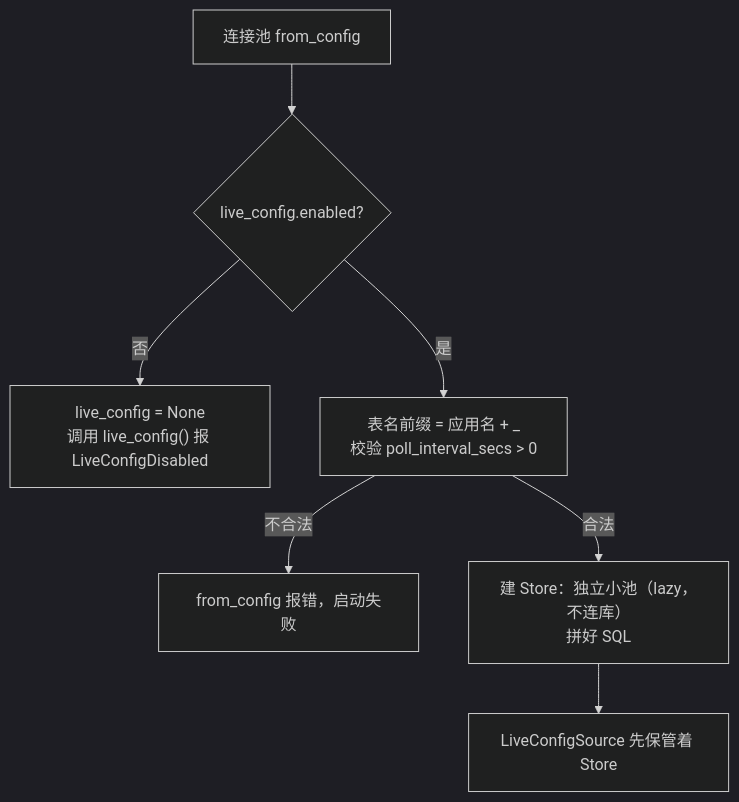
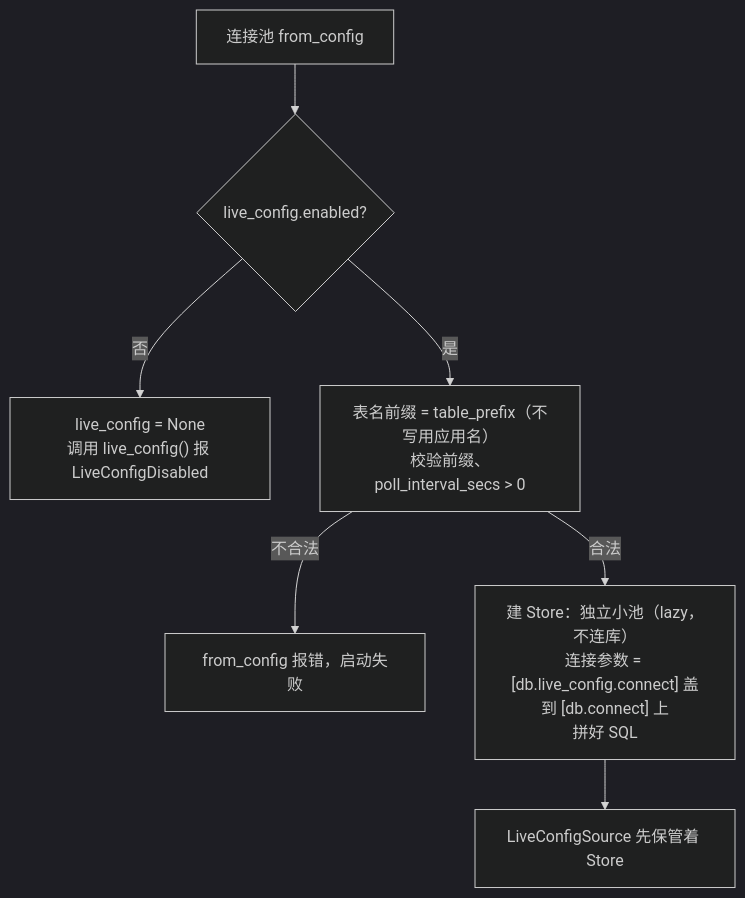
The second of 7 diagrams in docs/design/live-config.md (tpxxwz/hygiea), drawn with Mermaid (dark theme) before and after one commit. The commit also changed other lines of this file and 86 other files, not shown here.

````diff
--- a/docs/design/live-config.md
+++ b/docs/design/live-config.md
@@ -143,9 +158,9 @@
 ```mermaid
 flowchart TD
     A["连接池 from_config"] --> B{"live_config.enabled?"}
     B -- 否 --> C["live_config = None<br/>调用 live_config() 报 LiveConfigDisabled"]
-    B -- 是 --> D["表名前缀 = 应用名 + _<br/>校验 poll_interval_secs > 0"]
+    B -- 是 --> D["表名前缀 = table_prefix（不写用应用名）<br/>校验前缀、poll_interval_secs > 0"]
     D -- 不合法 --> E["from_config 报错，启动失败"]
-    D -- 合法 --> F["建 Store：独立小池（lazy，不连库）<br/>拼好 SQL"]
+    D -- 合法 --> F["建 Store：独立小池（lazy，不连库）<br/>连接参数 = [db.live_config.connect] 盖到 [db.connect] 上<br/>拼好 SQL"]
     F --> G["LiveConfigSource 先保管着 Store"]
 ```
````
